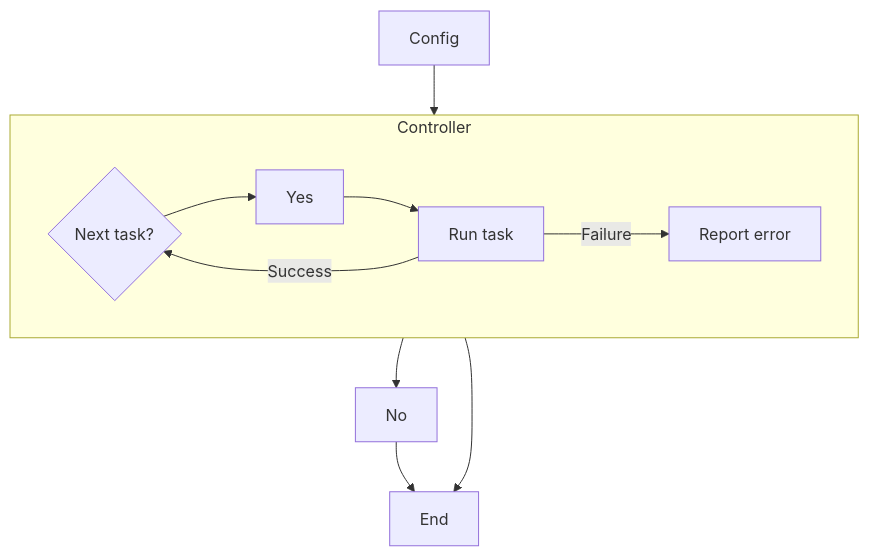
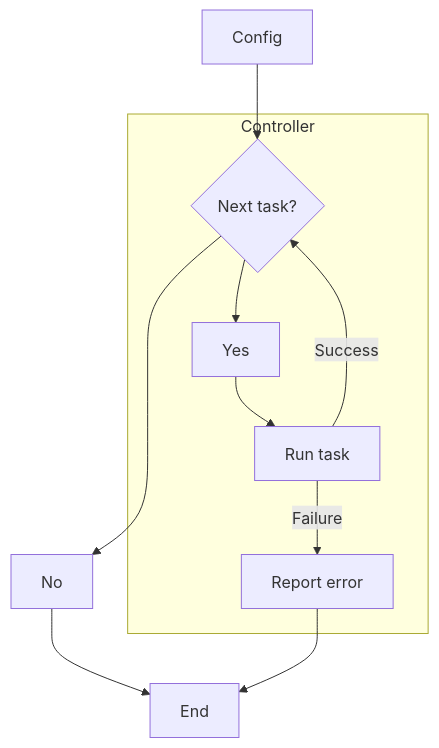
Before and after one commit to cameronabrams/pestifer: the diagram in docs/source/subs/run.rst, drawn with Mermaid. The commit also changed 2 other files, not shown here.

```diff
--- a/docs/source/subs/run.rst
+++ b/docs/source/subs/run.rst
@@ -16,14 +16,12 @@
 .. mermaid:: 
    :caption: Pestifer Run Task Flowchart
 
    graph TD;
-      direction LR;
       A[Config] --> C{Next task?};
       subgraph group Controller [Controller];
-         direction LR;
          C --> Yes --> D[Run task];
          D -->|Success| C;
          D -->|Failure| F[Report error];
       end
       C --> No --> E[End];
       F --> E;
```
